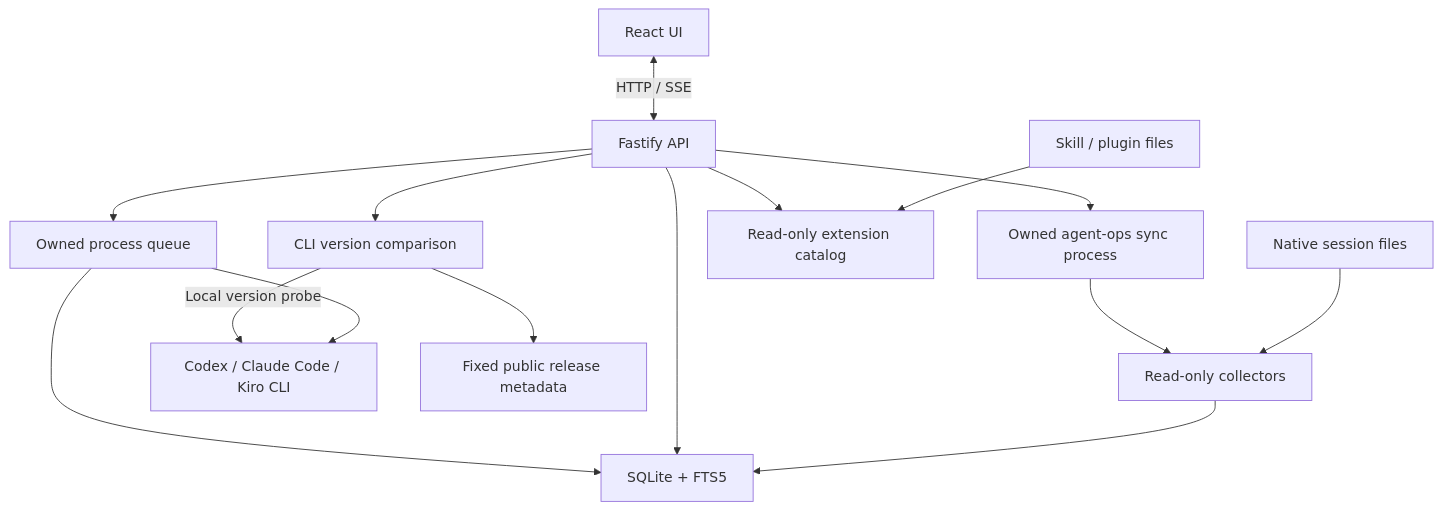
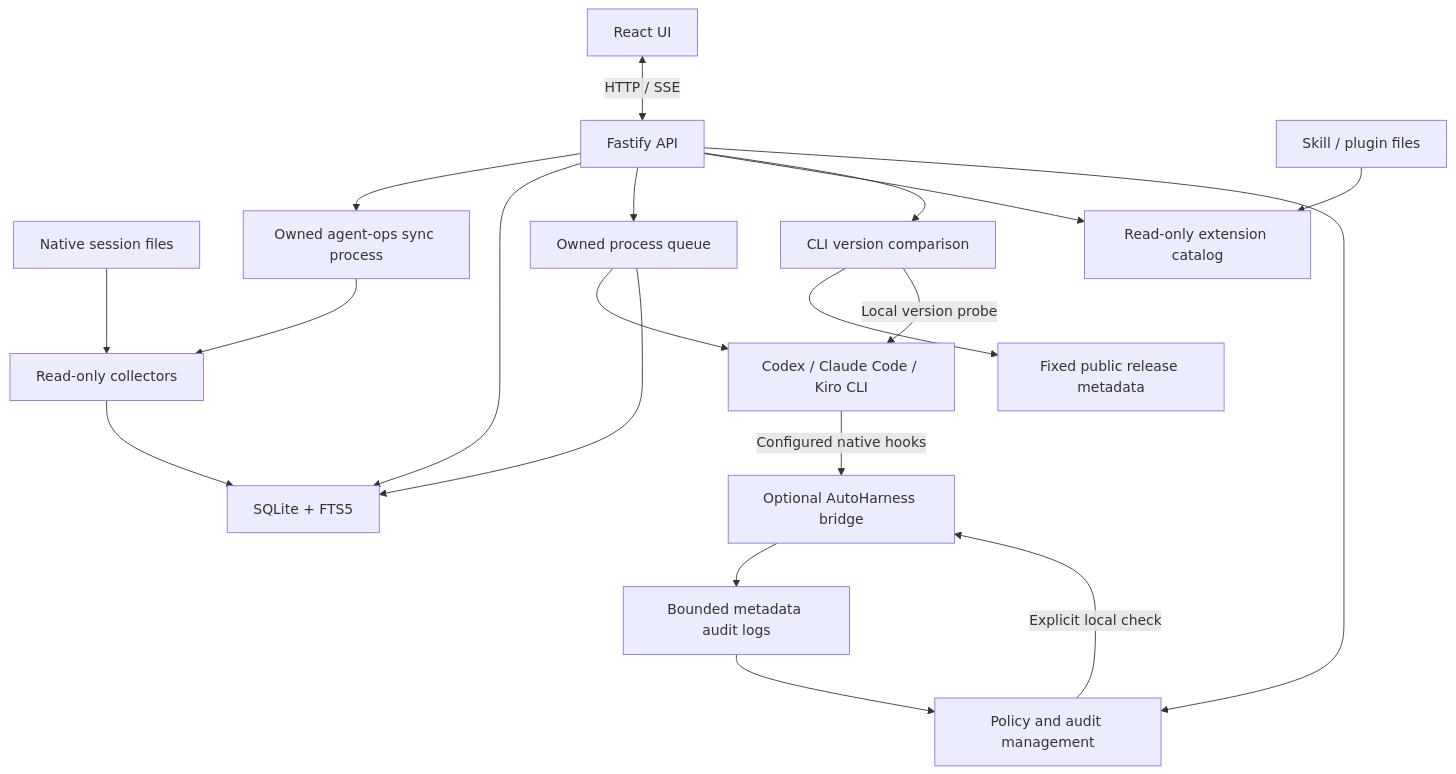
One commit to whchoi98/agent-ops changed the diagram in docs/architecture.md. Above: the diagram before and after it, drawn with Mermaid. The commit also changed other lines of this file and 95 other files, not shown here.

Commit message:
feat: integrate AutoHarness management

````diff
--- a/docs/architecture.md
+++ b/docs/architecture.md
@@ -5,17 +5,22 @@
 ```mermaid
 flowchart TB
     UI["React UI"] <-->|HTTP / SSE| API["Fastify API"]
     Sources["Native session files"] --> Import["Read-only collectors"]
     API --> Sync["Owned agent-ops sync process"]
     Sync --> Import
     Import --> Store["SQLite + FTS5"]
     API --> Store
     API --> Queue["Owned process queue"]
     Queue --> CLI["Codex / Claude Code / Kiro CLI"]
     Queue --> Store
     Extensions["Skill / plugin files"] --> Catalog["Read-only extension catalog"]
     API --> Catalog
     API --> Versions["CLI version comparison"]
     Versions --> Releases["Fixed public release metadata"]
     Versions -->|Local version probe| CLI
+    API --> Harness["Policy and audit management"]
+    Harness -->|Explicit local check| Python["Optional AutoHarness bridge"]
+    CLI -->|Configured native hooks| Python
+    Python --> Audit["Bounded metadata audit logs"]
+    Audit --> Harness
 ```
````
